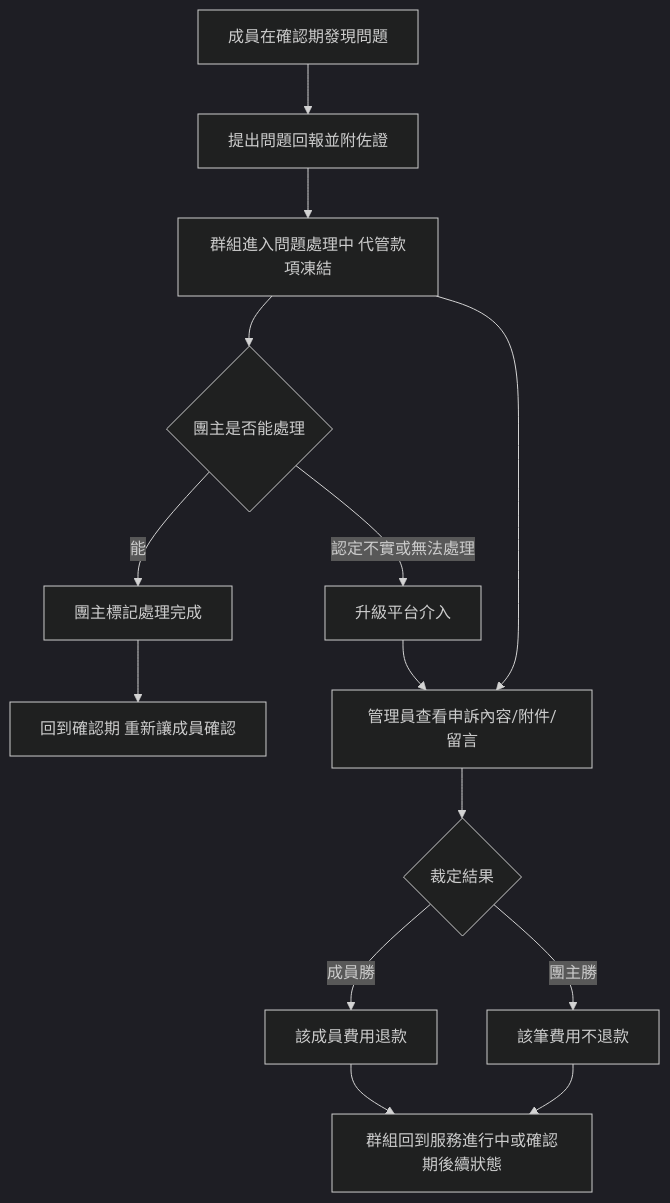
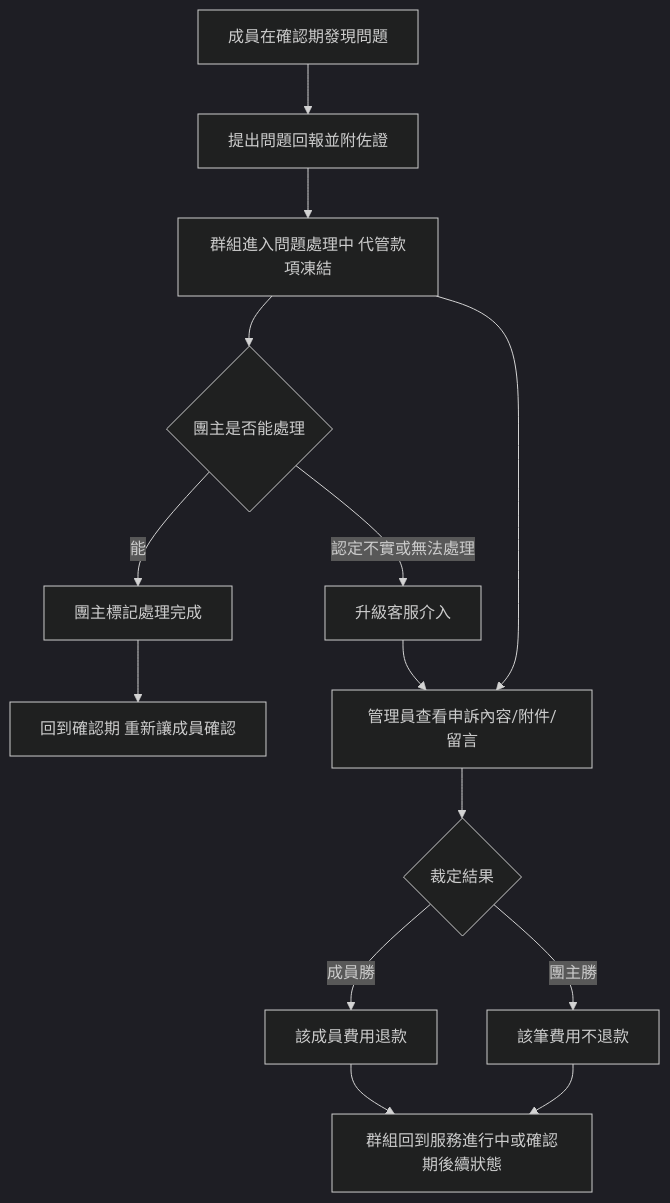
The sixth of 8 diagrams in docs/uiux/user-flow-map.md (AndyChia0309/PartyMatch), drawn with Mermaid (dark theme) before and after one commit. The commit also changed other lines of this file and 7 other files, not shown here.

````diff
--- a/docs/uiux/user-flow-map.md
+++ b/docs/uiux/user-flow-map.md
@@ -150,16 +150,16 @@
 ```mermaid
 flowchart TD
   A[成員在確認期發現問題] --> B[提出問題回報並附佐證]
   B --> C[群組進入問題處理中 代管款項凍結]
   C --> D{團主是否能處理}
   D -->|能| E[團主標記處理完成]
   E --> F[回到確認期 重新讓成員確認]
-  D -->|認定不實或無法處理| G[升級平台介入]
+  D -->|認定不實或無法處理| G[升級客服介入]
   C --> H[管理員查看申訴內容/附件/留言]
   G --> H
   H --> I{裁定結果}
   I -->|成員勝| J[該成員費用退款]
   I -->|團主勝| K[該筆費用不退款]
   J --> L[群組回到服務進行中或確認期後續狀態]
   K --> L
 ```
````
